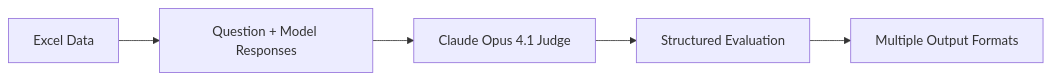
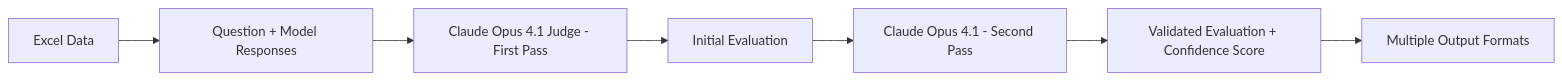
Before and after one commit to NaomiVK/genai-answers: the diagram in CRA_EVALUATION_GUIDE.md, drawn with Mermaid. The commit also changed other lines of this file and 9 other files, not shown here.

````diff
--- a/CRA_EVALUATION_GUIDE.md
+++ b/CRA_EVALUATION_GUIDE.md
@@ -16,7 +16,9 @@
 ```mermaid
 graph LR
     A[Excel Data] --> B[Question + Model Responses]
-    B --> C[Claude Opus 4.1 Judge]
-    C --> D[Structured Evaluation]
-    D --> E[Multiple Output Formats]
+    B --> C[Claude Opus 4.1 Judge - First Pass]
+    C --> D[Initial Evaluation]
+    D --> E[Claude Opus 4.1 - Second Pass]
+    E --> F[Validated Evaluation + Confidence Score]
+    F --> G[Multiple Output Formats]
 ```
````
